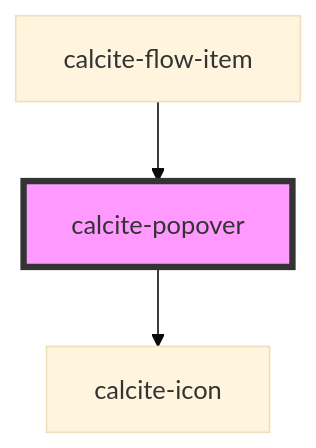
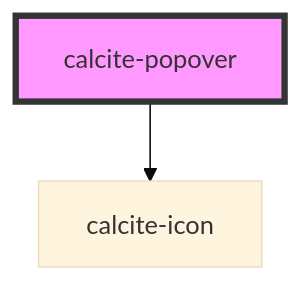
One commit to vikivakarvc/calcite-design-system changed the diagram in src/components/calcite-popover/readme.md. Above: the diagram before and after it, drawn with Mermaid (base theme). The commit also changed other lines of this file and 1 other file, not shown here.

````diff
--- a/src/components/calcite-popover/readme.md
+++ b/src/components/calcite-popover/readme.md
@@ -100,6 +74,5 @@
 ```mermaid
 graph TD;
   calcite-popover --> calcite-icon
-  calcite-flow-item --> calcite-popover
   style calcite-popover fill:#f9f,stroke:#333,stroke-width:4px
 ```
````
